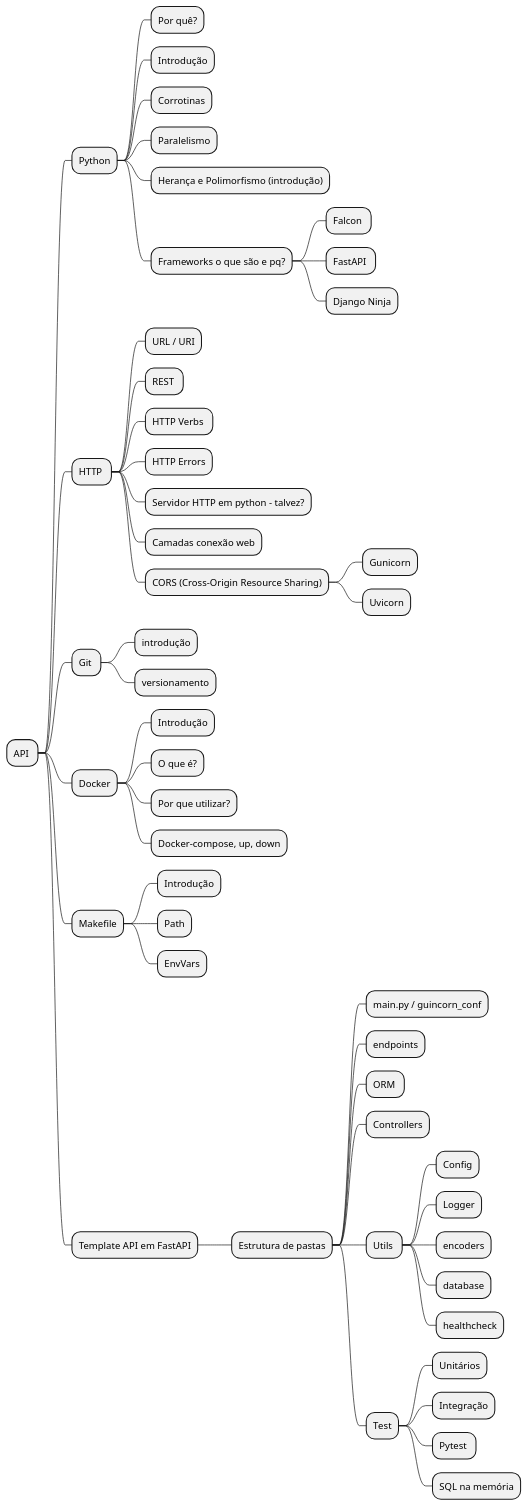
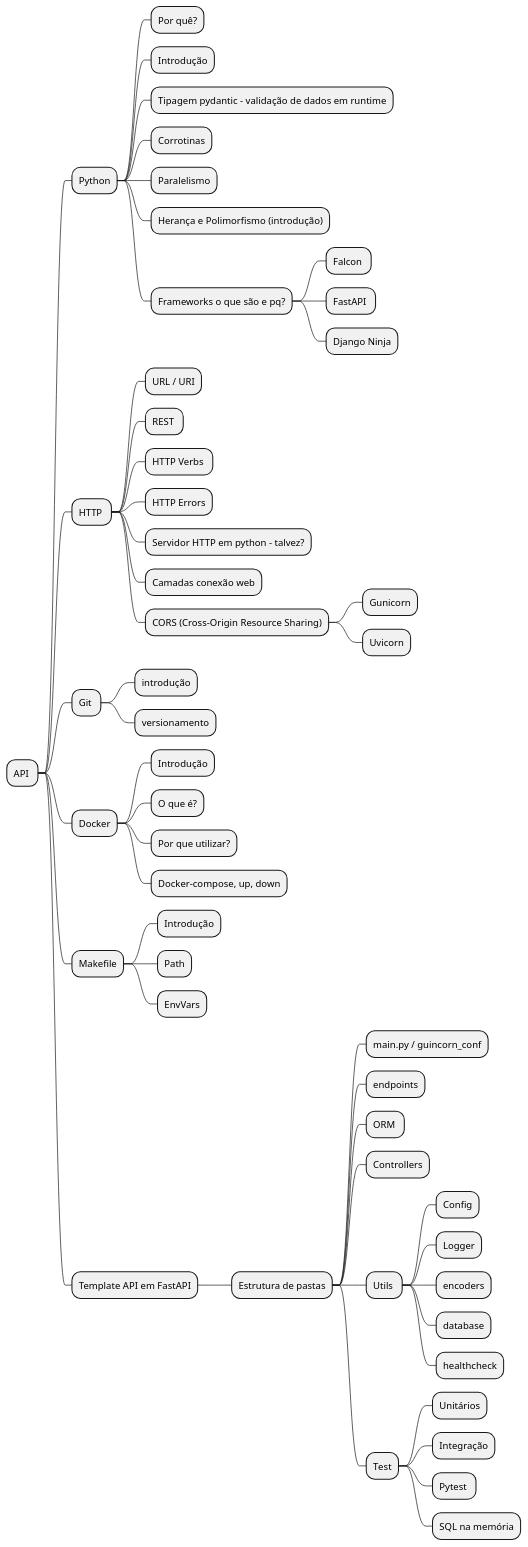
The diagram in mentalmap.puml (mabittar/fast_api_starer), drawn with PlantUML before and after one commit. The commit also changed 9 other files, not shown here.

```diff
--- a/mentalmap.puml
+++ b/mentalmap.puml
@@ -2,52 +2,53 @@
 @startmindmap
 * API 
 ** Python
 *** Por quê?
 *** Introdução
+*** Tipagem pydantic - validação de dados em runtime
 *** Corrotinas
 *** Paralelismo
 *** Herança e Polimorfismo (introdução)
 *** Frameworks o que são e pq?
 **** Falcon 
 **** FastAPI 
 **** Django Ninja
 ** HTTP 
 *** URL / URI
 *** REST 
 *** HTTP Verbs 
 *** HTTP Errors
 *** Servidor HTTP em python - talvez?
 *** Camadas conexão web
 *** CORS (Cross-Origin Resource Sharing)
 **** Gunicorn
 **** Uvicorn
 ** Git 
 *** introdução
 *** versionamento
 ** Docker
 *** Introdução
 *** O que é?
 *** Por que utilizar?
 *** Docker-compose, up, down
 ** Makefile
 *** Introdução
 *** Path
 *** EnvVars
 ** Template API em FastAPI
 *** Estrutura de pastas
 **** main.py / guincorn_conf
 **** endpoints
 **** ORM 
 **** Controllers
 **** Utils 
 ***** Config
 ***** Logger
 ***** encoders
 ***** database
 ***** healthcheck
 **** Test
 ***** Unitários
 ***** Integração
 ***** Pytest 
 ***** SQL na memória
 @endmindmap
```
